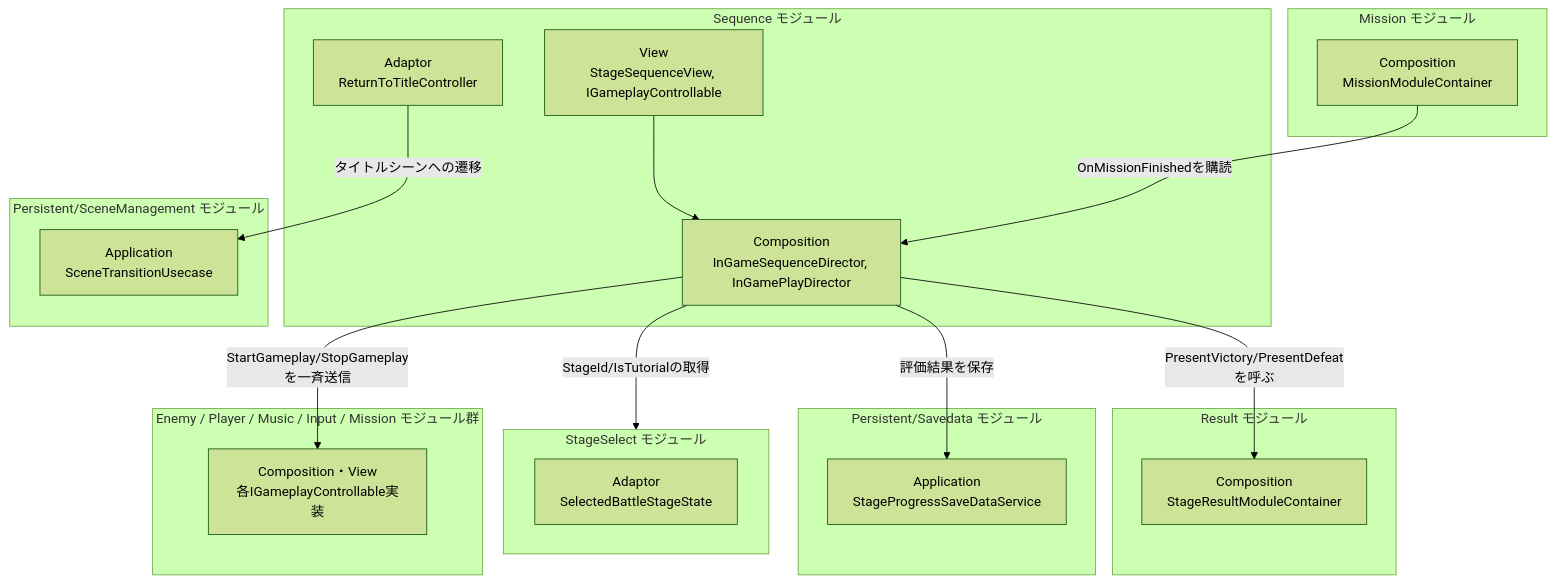
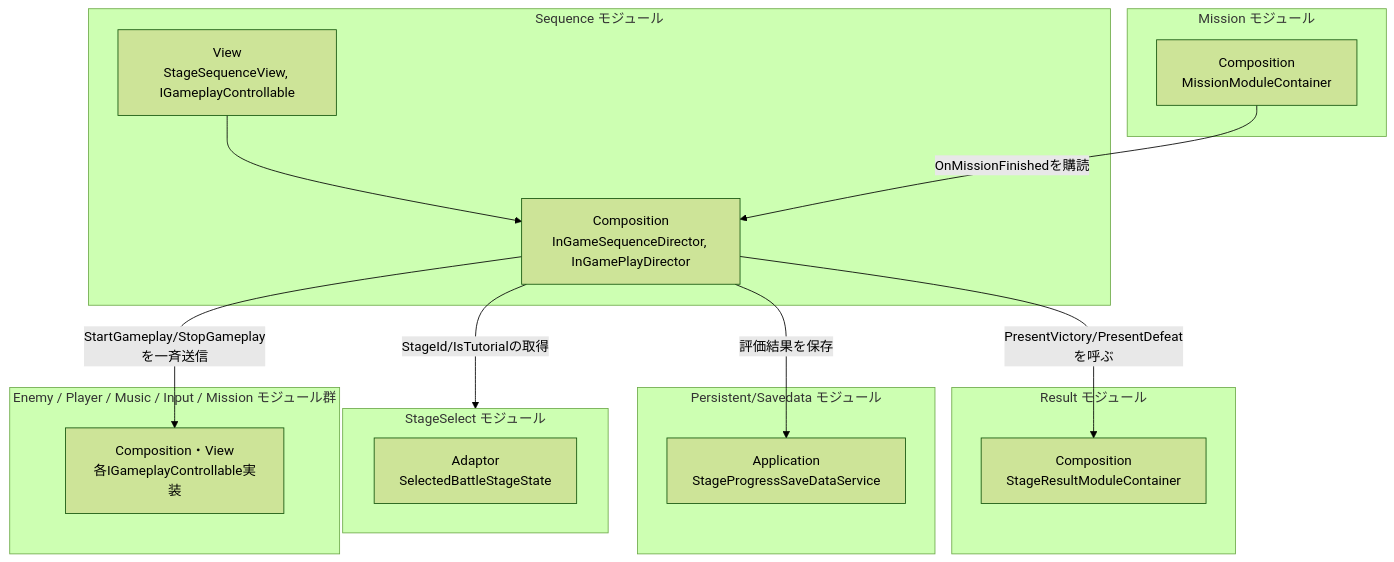
The first of 3 diagrams in Assets/Docs/ScriptsDocs/Modules/NotionModuleDocs/Sequence.md (HIBIKI5201/SymphonyKillChord), drawn with Mermaid (forest theme) before and after one commit. The commit also changed other lines of this file and 2383 other files, not shown here.

````diff
--- a/Assets/Docs/ScriptsDocs/Modules/NotionModuleDocs/Sequence.md
+++ b/Assets/Docs/ScriptsDocs/Modules/NotionModuleDocs/Sequence.md
@@ -45,42 +39,36 @@
 ```mermaid
 graph TD
     %% 定義 (接続のないレイヤーは省略)
     subgraph SequenceModule [Sequence モジュール]
-        SQ_Adaptor["Adaptor<br>ReturnToTitleController"]
         SQ_View["View<br>StageSequenceView, IGameplayControllable"]
         SQ_Composition["Composition<br>InGameSequenceDirector, InGamePlayDirector"]
         SQ_View --> SQ_Composition
     end
 
     subgraph MissionModule [Mission モジュール]
         MS_Composition["Composition<br>MissionModuleContainer"]
     end
 
     subgraph ResultModule [Result モジュール]
         R_Composition["Composition<br>StageResultModuleContainer"]
     end
 
     subgraph SavedataModule [Persistent/Savedata モジュール]
         SD_App["Application<br>StageProgressSaveDataService"]
     end
 
     subgraph StageSelectModule [StageSelect モジュール]
         SS_Adaptor["Adaptor<br>SelectedBattleStageState"]
     end
 
-    subgraph SceneManagementModule [Persistent/SceneManagement モジュール]
-        SM_App["Application<br>SceneTransitionUsecase"]
-    end
-
     subgraph OtherGameplayModules [Enemy / Player / Music / Input / Mission モジュール群]
         OG_Various["Composition・View<br>各IGameplayControllable実装"]
     end
 
     %% 依存関係
     MS_Composition -->|"OnMissionFinishedを購読"| SQ_Composition
     SQ_Composition -->|"評価結果を保存"| SD_App
     SQ_Composition -->|"StageId/IsTutorialの取得"| StageSelectModule
     SQ_Composition -->|"PresentVictory/PresentDefeatを呼ぶ"| R_Composition
     SQ_Composition -->|"StartGameplay/StopGameplayを一斉送信"| OG_Various
-    SQ_Adaptor -->|"タイトルシーンへの遷移"| SM_App
 ```
````
